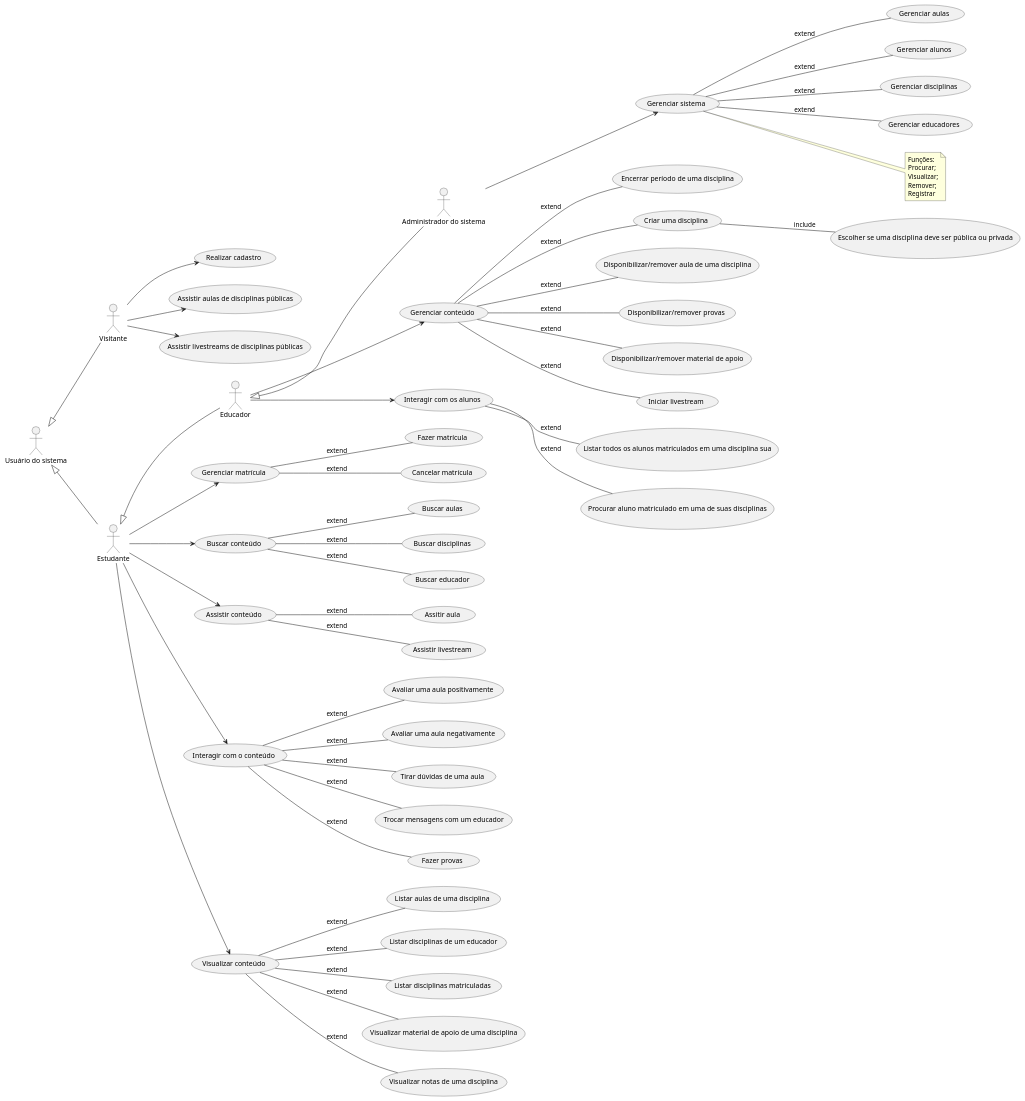
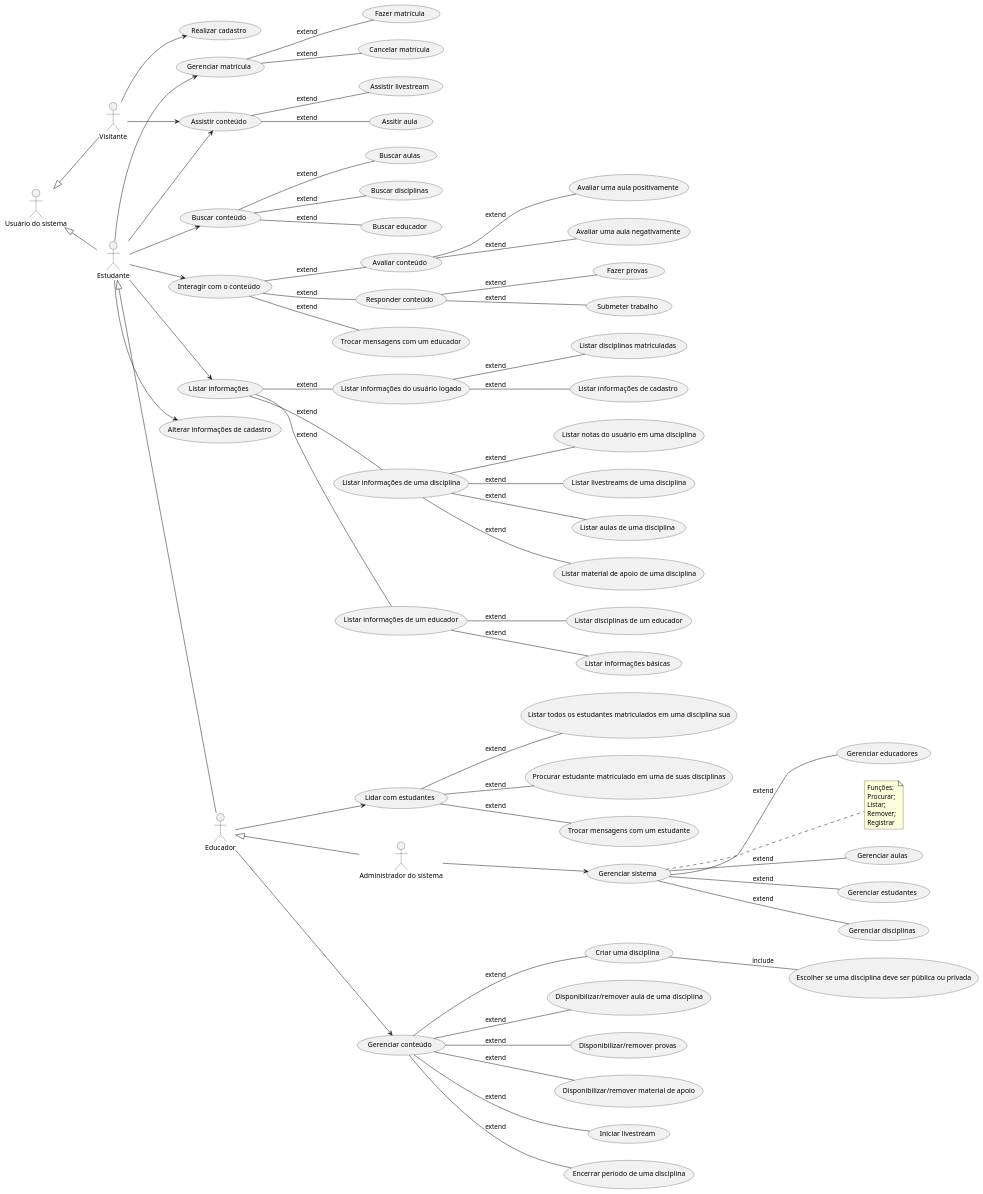
Before and after one commit to lucasg-mm/ensinet: the diagram in diagram.plantuml, drawn with PlantUML.

Commit message:
Adiciona versão melhorada dos casos de uso

```diff
--- a/diagram.plantuml
+++ b/diagram.plantuml
@@ -1,124 +1,141 @@
 @startuml ensinet
 left to right direction
 
 ' --Atores
 actor "Usuário do sistema" as sist_user
 actor "Visitante" as visitor
 actor "Estudante" as student
 actor "Educador" as prof
 actor "Administrador do sistema" as adm 
 
 ' --Heranças
 sist_user <|-- visitor
 sist_user <|-- student
 student <|-- prof
 prof <|-- adm
 
 ' --Casos de uso
 ' Componente de gestão
 usecase "Gerenciar aulas" as UC3
-usecase "Gerenciar alunos" as UC4
+usecase "Gerenciar estudantes" as UC4
 usecase "Gerenciar disciplinas" as UC6
 usecase "Gerenciar educadores" as UC7
 usecase "Gerenciar sistema" as UC8
 usecase "Escolher se uma disciplina deve ser pública ou privada" as UC9
 usecase "Encerrar período de uma disciplina" as UC11
 
 ' Componente de conteúdo
 usecase "Gerenciar conteúdo" as UC12
 usecase "Criar uma disciplina" as UC13
 usecase "Disponibilizar/remover aula de uma disciplina" as UC14
 usecase "Disponibilizar/remover provas" as UC15
 usecase "Disponibilizar/remover material de apoio" as UC16
 usecase "Iniciar livestream" as UC17
 
 ' Componente de usuário
 usecase "Gerenciar matrícula" as UC18
 usecase "Buscar conteúdo" as UC19
 usecase "Assistir conteúdo" as UC20
 usecase "Interagir com o conteúdo" as UC22
-usecase "Visualizar conteúdo" as UC23
+usecase "Listar informações" as UC23
 usecase "Fazer matrícula" as UC24
 usecase "Cancelar matrícula" as UC25
 usecase "Buscar aulas" as UC26
 usecase "Buscar disciplinas" as UC27
 usecase "Buscar educador" as UC28
 usecase "Assitir aula" as UC29
 usecase "Assistir livestream" as UC30
 usecase "Avaliar uma aula positivamente" as UC31
 usecase "Avaliar uma aula negativamente" as UC32
-usecase "Tirar dúvidas de uma aula" as UC33
 usecase "Trocar mensagens com um educador" as UC34
 usecase "Fazer provas" as UC35
 usecase "Listar aulas de uma disciplina" as UC36
 usecase "Listar disciplinas de um educador" as UC37
 usecase "Listar disciplinas matriculadas" as UC38
-usecase "Visualizar material de apoio de uma disciplina" as UC39
-usecase "Visualizar notas de uma disciplina" as UCNotas
+usecase "Listar material de apoio de uma disciplina" as UC39
+usecase "Listar notas do usuário em uma disciplina" as UCNotas
 usecase "Realizar cadastro" as UC40
-usecase "Assistir aulas de disciplinas públicas" as UC41
-usecase "Assistir livestreams de disciplinas públicas" as UC42
-usecase "Interagir com os alunos" as UC43
-usecase "Listar todos os alunos matriculados em uma disciplina sua" as UC44
-usecase "Procurar aluno matriculado em uma de suas disciplinas" as UC45
+usecase "Lidar com estudantes" as UC43
+usecase "Listar todos os estudantes matriculados em uma disciplina sua" as UC44
+usecase "Procurar estudante matriculado em uma de suas disciplinas" as UC45
+usecase "Trocar mensagens com um estudante" as UC46
+usecase "Avaliar conteúdo" as UC47
+usecase "Responder conteúdo" as UC48
+usecase "Submeter trabalho" as UC49
+usecase "Listar informações de uma disciplina" as UC50
+usecase "Listar informações de um educador" as UC51
+usecase "Listar informações do usuário logado" as UC52
+usecase "Listar livestreams de uma disciplina" as UC53
+usecase "Listar informações básicas" as UC54
+usecase "Listar informações de cadastro" as UC55
+usecase "Alterar informações de cadastro" as UC56
 
 ' --Associações
 adm --> UC8
 prof --> UC12
 prof --> UC43
 visitor --> UC40
-visitor --> UC41
-visitor --> UC42
+visitor --> UC20
 student --> UC18
 student --> UC19
 student --> UC20
 student --> UC22
 student --> UC23
+student --> UC56
 
 ' --Extends e includes
 ' Componente de gestão
 UC8--UC3:extend
 UC8--UC4:extend
 UC8--UC6:extend
 UC8--UC7:extend
 UC13--UC9:include
 UC12--UC11:extend
 
 ' Componente de conteúdo
 UC12--UC13:extend
 UC12--UC14:extend
 UC12--UC15:extend
 UC12--UC16:extend
 UC12--UC17:extend
 
 ' Componente de usuário
 UC18--UC24:extend
 UC18--UC25:extend
 UC19--UC26:extend
 UC19--UC27:extend
 UC19--UC28:extend
 UC20--UC29:extend
 UC20--UC30:extend
-UC22--UC31:extend
-UC22--UC32:extend
-UC22--UC33:extend
+UC22--UC48:extend
+UC22--UC47:extend
 UC22--UC34:extend
-UC22--UC35:extend
-UC23--UC36:extend
-UC23--UC37:extend
-UC23--UC38:extend
-UC23--UC39:extend
-UC23--UCNotas:extend
+UC23--UC50:extend
+UC23--UC51:extend
+UC23--UC52:extend
 UC43--UC44:extend
 UC43--UC45:extend
+UC43--UC46:extend
+UC47--UC31:extend
+UC47--UC32:extend
+UC48--UC35:extend
+UC48--UC49:extend
+UC50--UC39:extend
+UC50--UC36:extend
+UC50--UCNotas:extend
+UC50--UC53:extend
+UC51--UC37:extend
+UC51--UC54:extend
+UC52--UC38:extend
+UC52--UC55:extend
 
 ' --Observações
 note right of UC8
 Funções: 
 Procurar;
-Visualizar;
+Listar;
 Remover;
 Registrar
 endnote
 
 @enduml
```
